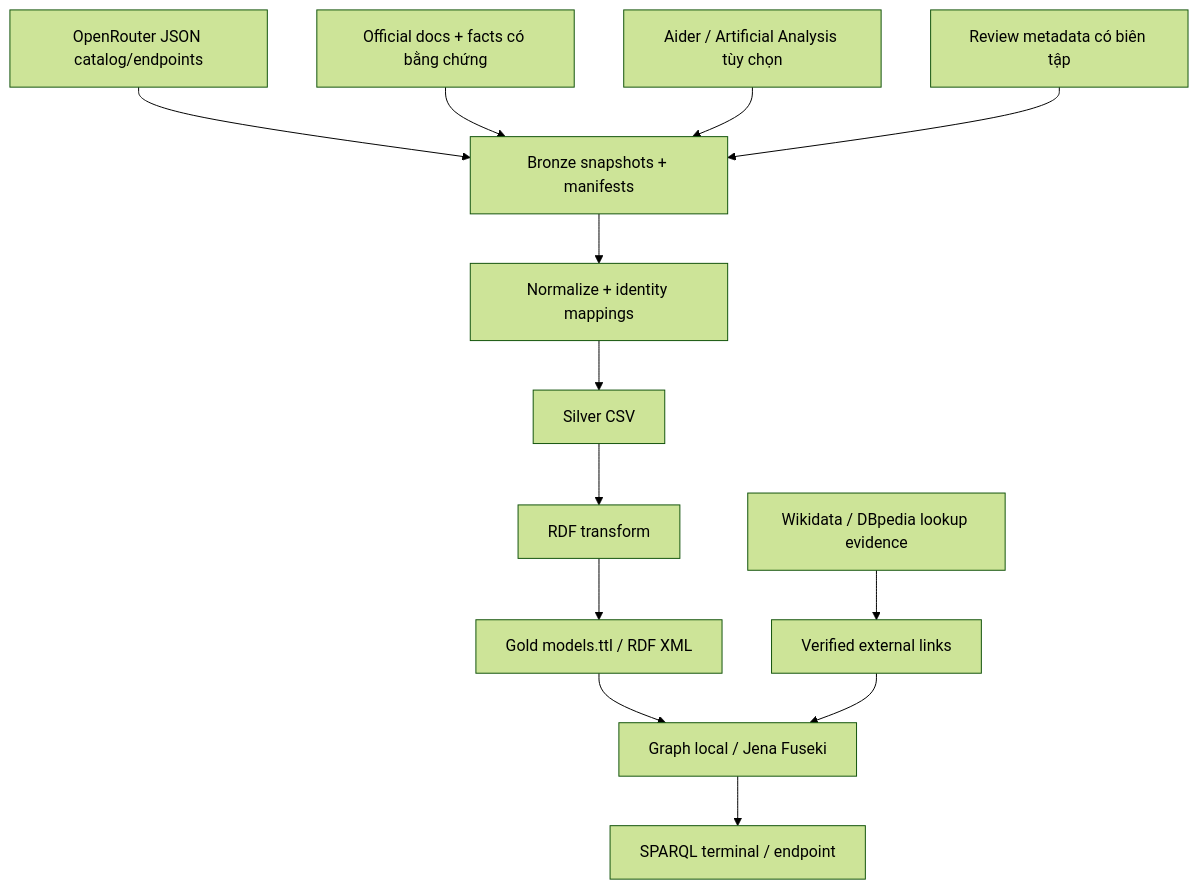
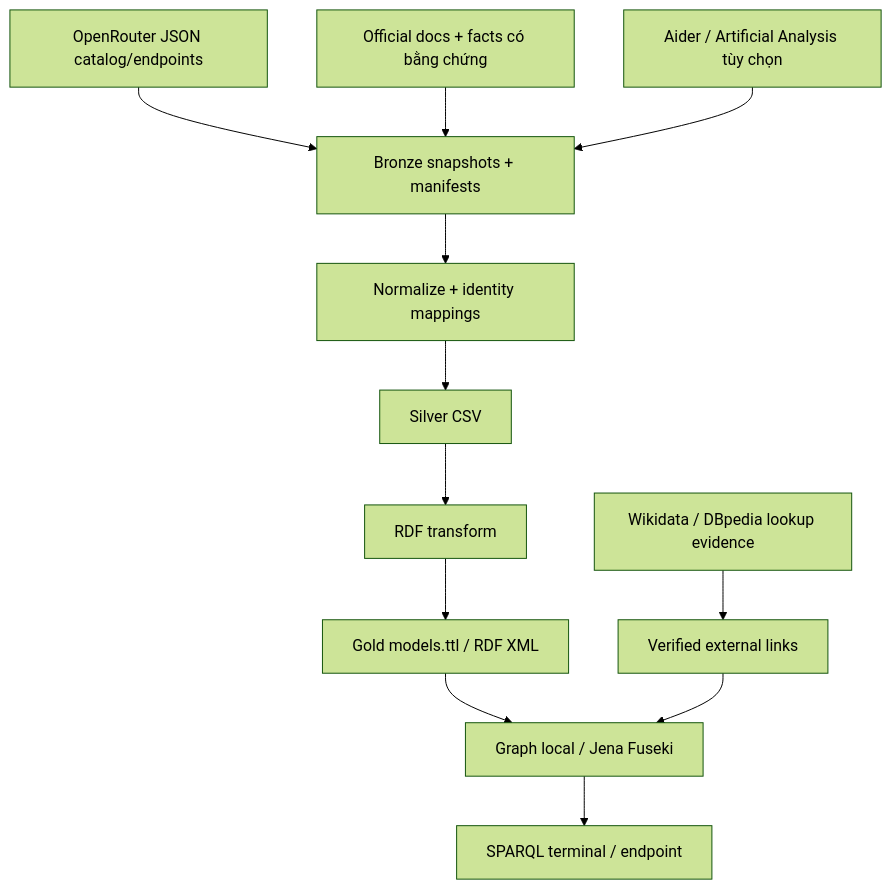
One commit to BroDSMaster/semantic-web-ai-models changed the diagram in docs/superpowers/specs/2026-10-05-ai-model-catalog-design.md. Above: the diagram before and after it, drawn with Mermaid (forest theme). The commit also changed other lines of this file and 62 other files, not shown here.

````diff
--- a/docs/superpowers/specs/2026-10-05-ai-model-catalog-design.md
+++ b/docs/superpowers/specs/2026-10-05-ai-model-catalog-design.md
@@ -160,15 +155,14 @@
 ```mermaid
 flowchart TD
   OR[OpenRouter JSON catalog/endpoints] --> B[Bronze snapshots + manifests]
   OFF[Official docs + facts có bằng chứng] --> B
   BEN[Aider / Artificial Analysis tùy chọn] --> B
-  REV[Review metadata có biên tập] --> B
   B --> N[Normalize + identity mappings]
   N --> S[Silver CSV]
   S --> T[RDF transform]
   T --> G[Gold models.ttl / RDF XML]
   WD[Wikidata / DBpedia lookup evidence] --> L[Verified external links]
   G --> Q[Graph local / Jena Fuseki]
   L --> Q
   Q --> UI[SPARQL terminal / endpoint]
 ```
````
